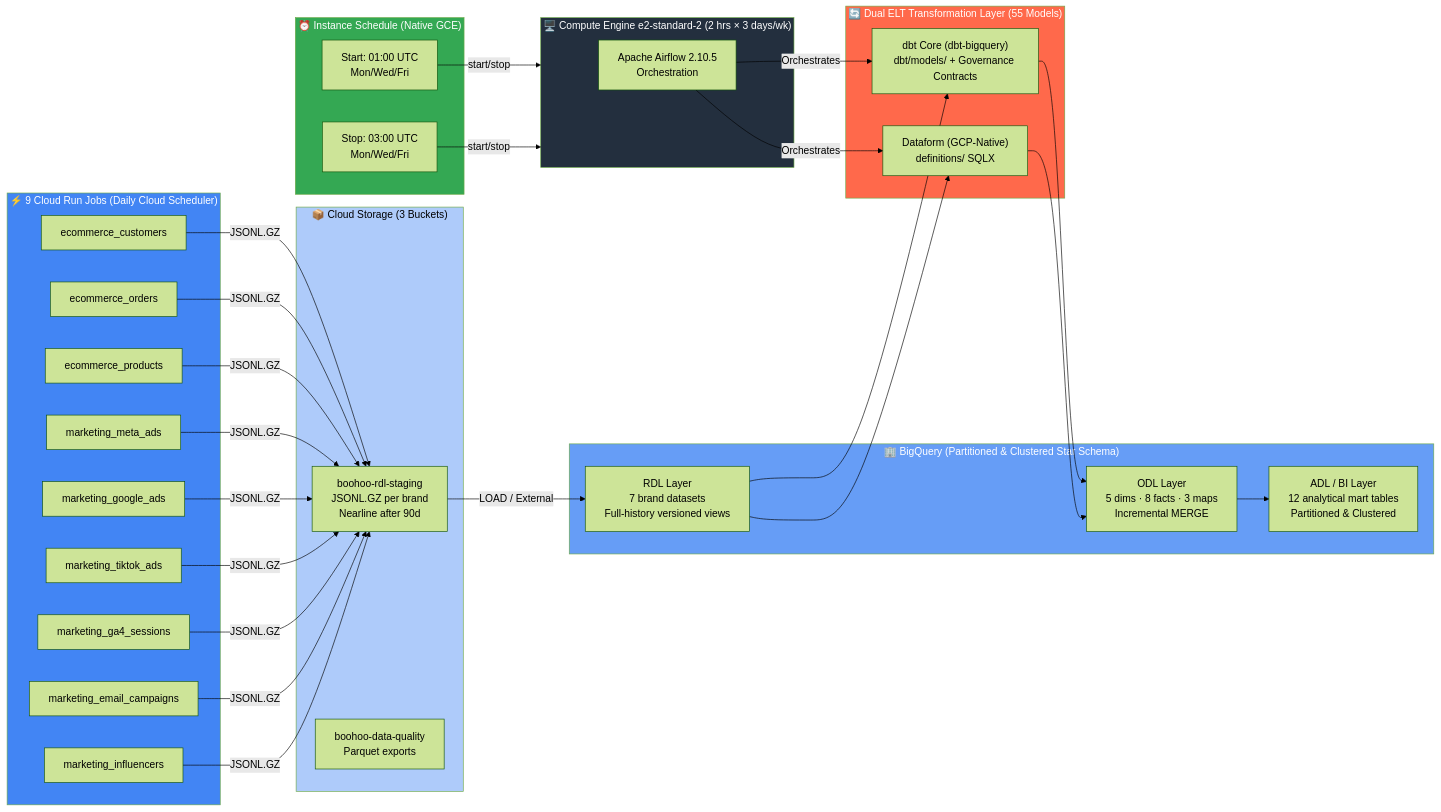
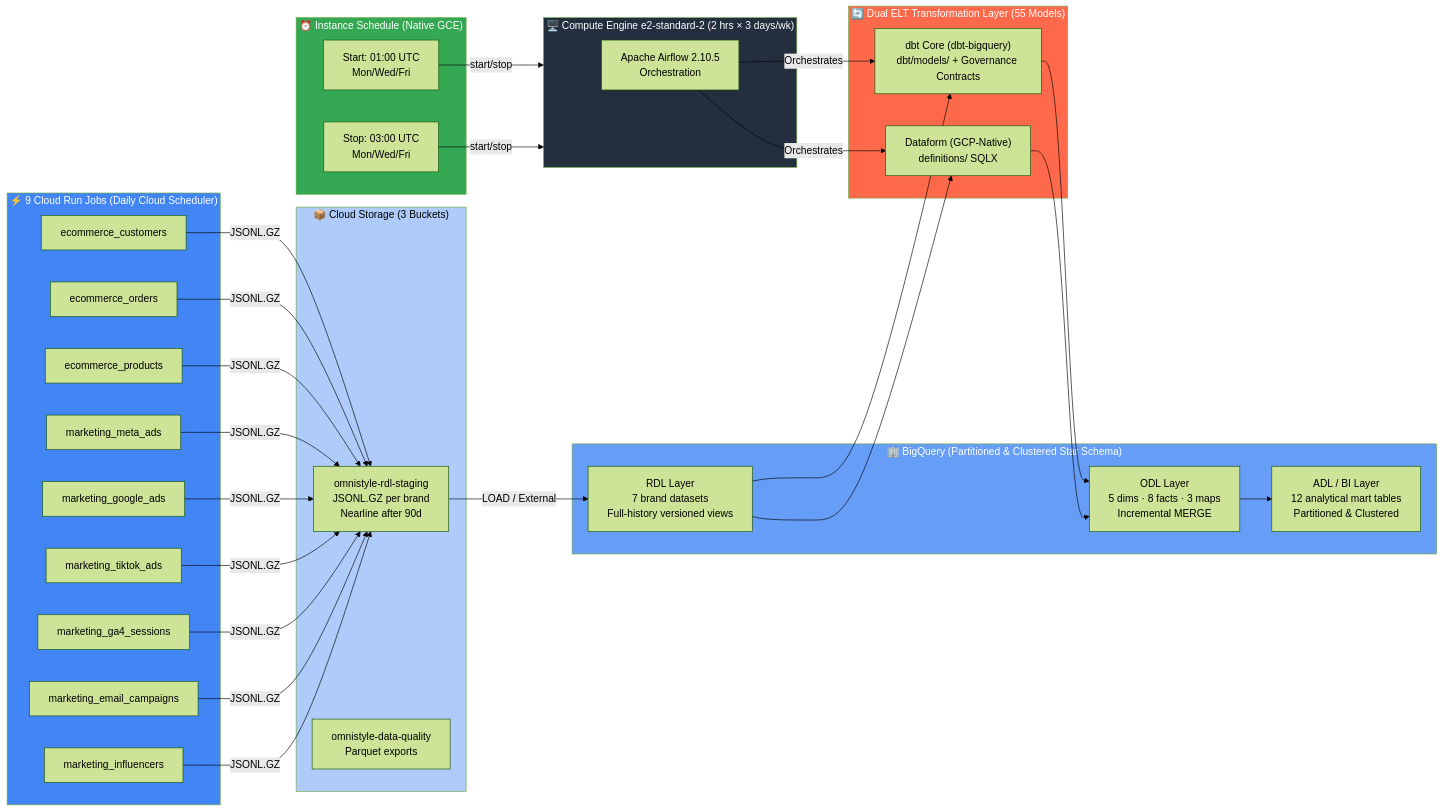
The diagram in README.md (TimiOlayinka/bigquery-dbt-ecommerce-warehouse), drawn with Mermaid (forest theme) before and after one commit. The commit also changed other lines of this file and 385 other files, not shown here.

````diff
--- a/README.md
+++ b/README.md
@@ -50,52 +50,52 @@
 ```mermaid
 flowchart LR
     subgraph JOBS["⚡ 9 Cloud Run Jobs (Daily Cloud Scheduler)"]
         L1["ecommerce_customers"]
         L2["ecommerce_orders"]
         L3["ecommerce_products"]
         L4["marketing_meta_ads"]
         L5["marketing_google_ads"]
         L6["marketing_tiktok_ads"]
         L7["marketing_ga4_sessions"]
         L8["marketing_email_campaigns"]
         L9["marketing_influencers"]
     end
 
     subgraph GCS["📦 Cloud Storage (3 Buckets)"]
-        RDL_GCS["boohoo-rdl-staging\nJSONL.GZ per brand\nNearline after 90d"]
-        DQ_GCS["boohoo-data-quality\nParquet exports"]
+        RDL_GCS["omnistyle-rdl-staging\nJSONL.GZ per brand\nNearline after 90d"]
+        DQ_GCS["omnistyle-data-quality\nParquet exports"]
     end
 
     subgraph SCHEDULER["⏰ Instance Schedule (Native GCE)"]
         IS1["Start: 01:00 UTC\nMon/Wed/Fri"]
         IS2["Stop: 03:00 UTC\nMon/Wed/Fri"]
     end
 
     subgraph GCE["🖥️ Compute Engine e2-standard-2 (2 hrs × 3 days/wk)"]
         AF["Apache Airflow 2.10.5\nOrchestration"]
     end
 
     subgraph BQ["🏢 BigQuery (Partitioned & Clustered Star Schema)"]
         RDL_BQ["RDL Layer\n7 brand datasets\nFull-history versioned views"]
         ODL_BQ["ODL Layer\n5 dims · 8 facts · 3 maps\nIncremental MERGE"]
         ADL_BQ["ADL / BI Layer\n12 analytical mart tables\nPartitioned & Clustered"]
     end
 
     subgraph ELT["🔄 Dual ELT Transformation Layer (55 Models)"]
         DBT_RUN["dbt Core (dbt-bigquery)\ndbt/models/ + Governance Contracts"]
         DF_RUN["Dataform (GCP-Native)\ndefinitions/ SQLX"]
     end
 
     L1 & L2 & L3 & L4 & L5 & L6 & L7 & L8 & L9 -->|"JSONL.GZ"| RDL_GCS
     RDL_GCS -->|"LOAD / External"| RDL_BQ
     RDL_BQ --> DBT_RUN & DF_RUN --> ODL_BQ --> ADL_BQ
     IS1 & IS2 -->|"start/stop"| GCE
     AF -->|"Orchestrates"| DBT_RUN & DF_RUN
 
     style JOBS fill:#4285F4,color:#fff
     style GCS fill:#AECBFA,color:#000
     style SCHEDULER fill:#34A853,color:#fff
     style GCE fill:#232F3E,color:#fff
     style BQ fill:#669DF6,color:#fff
     style ELT fill:#FF694B,color:#fff
 ```
````
